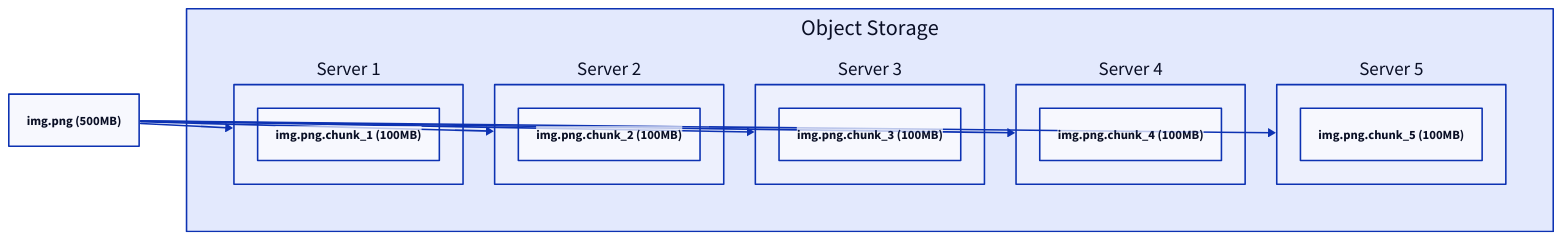
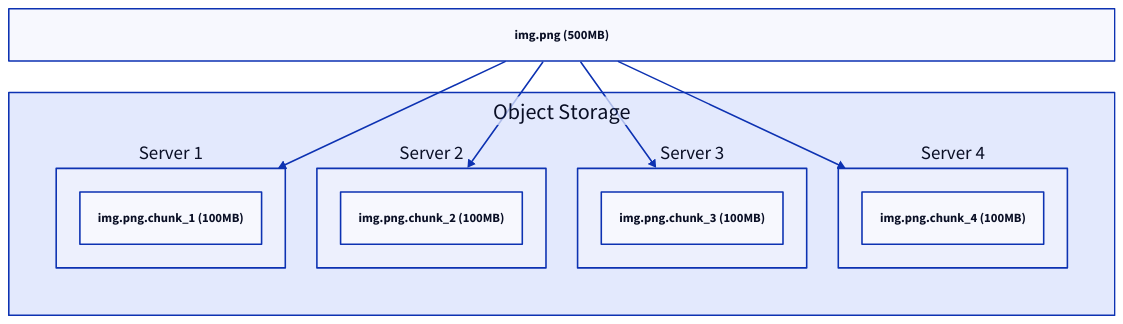
The seventh of 19 diagrams in content/docs/data-persistence/media-storage.md (link1905/system-design-101), drawn with D2 before and after one commit. The commit also changed other lines of this file and 40 other files, not shown here.

````diff
--- a/content/docs/data-persistence/media-storage.md
+++ b/content/docs/data-persistence/media-storage.md
@@ -195,18 +206,17 @@
 ```d2
+grid-rows: 2
 f: "img.png (500MB)" {
   class: file
 }
 o: Object Storage {
   grid-rows: 1
   s1: Server 1 { "img.png.chunk_1 (100MB)" { class: file } }
   s2: Server 2 { "img.png.chunk_2 (100MB)" { class: file } }
   s3: Server 3 { "img.png.chunk_3 (100MB)" { class: file } }
   s4: Server 4 { "img.png.chunk_4 (100MB)" { class: file } }
-  s5: Server 5 { "img.png.chunk_5 (100MB)" { class: file } }
 }
 f -> o.s1
 f -> o.s2
 f -> o.s3
 f -> o.s4
-f -> o.s5
 ```
````
